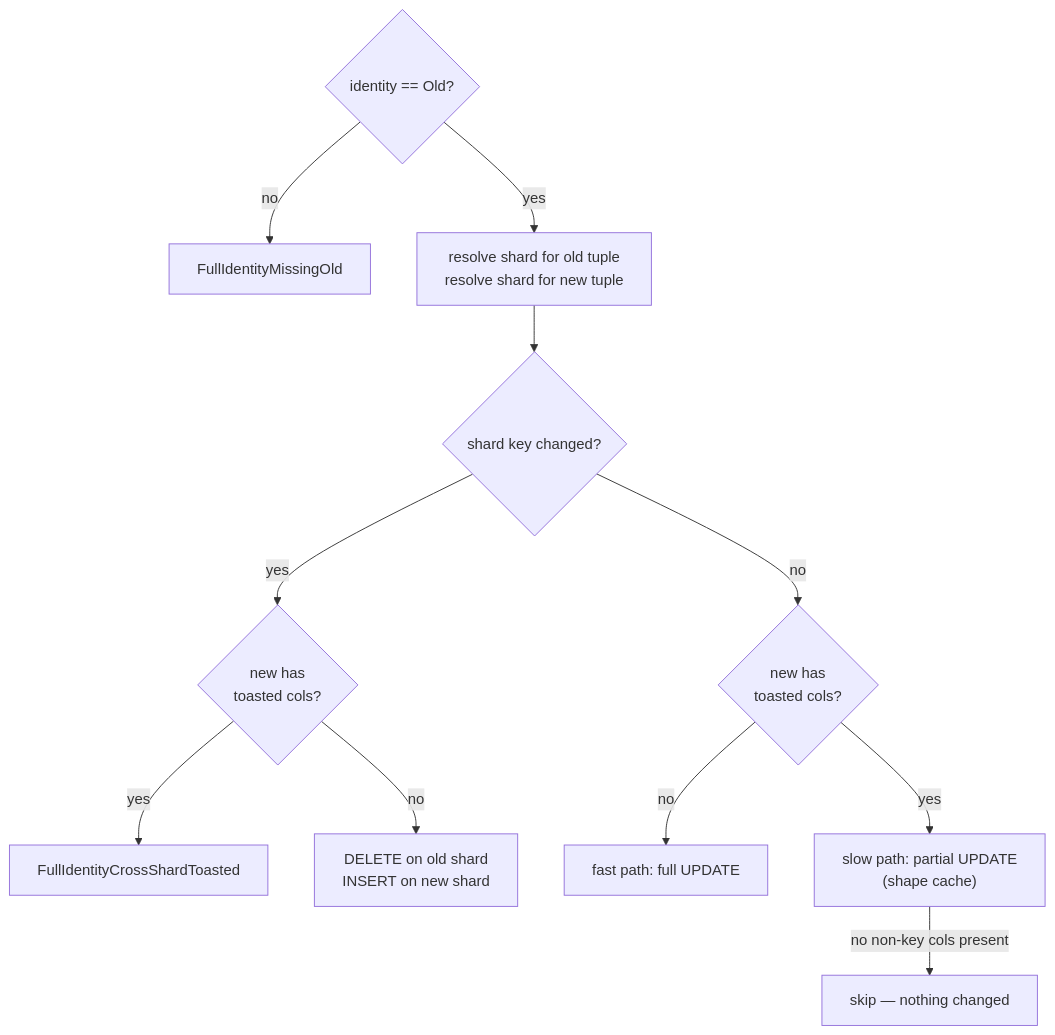
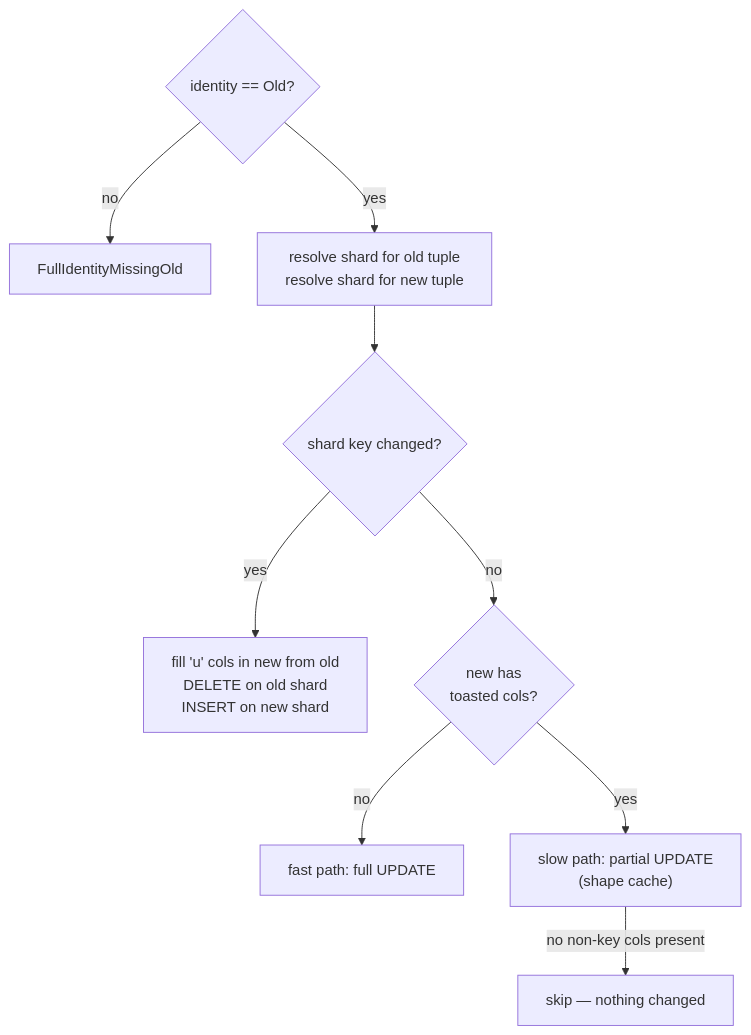
The third of 4 diagrams in docs/REPLICATION.md (pgdogdev/pgdog), drawn with Mermaid before and after one commit. The commit also changed other lines of this file and 10 other files, not shown here.

Commit message:
fix: remove full identity ambigious errors

````diff
--- a/docs/REPLICATION.md
+++ b/docs/REPLICATION.md
@@ -151,25 +150,21 @@
 ```mermaid
 flowchart TD
     GUARD{"identity == Old?"}
     ERR1["FullIdentityMissingOld"]
     ROUTE["resolve shard for old tuple<br>resolve shard for new tuple"]
     XSHARD{"shard key changed?"}
-    TOAST{"new has<br>toasted cols?"}
-    ERR2["FullIdentityCrossShardToasted"]
-    FANOUT["DELETE on old shard<br>INSERT on new shard"]
+    FANOUT["fill 'u' cols in new from old<br>DELETE on old shard<br>INSERT on new shard"]
     FASTCHK{"new has<br>toasted cols?"}
     FAST["fast path: full UPDATE"]
     SLOW["slow path: partial UPDATE<br>(shape cache)"]
     NOOP["skip — nothing changed"]
 
     GUARD -->|yes| ROUTE
     GUARD -->|no| ERR1
     ROUTE --> XSHARD
-    XSHARD -->|yes| TOAST
-    TOAST -->|yes| ERR2
-    TOAST -->|no| FANOUT
+    XSHARD -->|yes| FANOUT
     XSHARD -->|no| FASTCHK
     FASTCHK -->|no| FAST
     FASTCHK -->|yes| SLOW
     SLOW -->|no non-key cols present| NOOP
 ```
````
